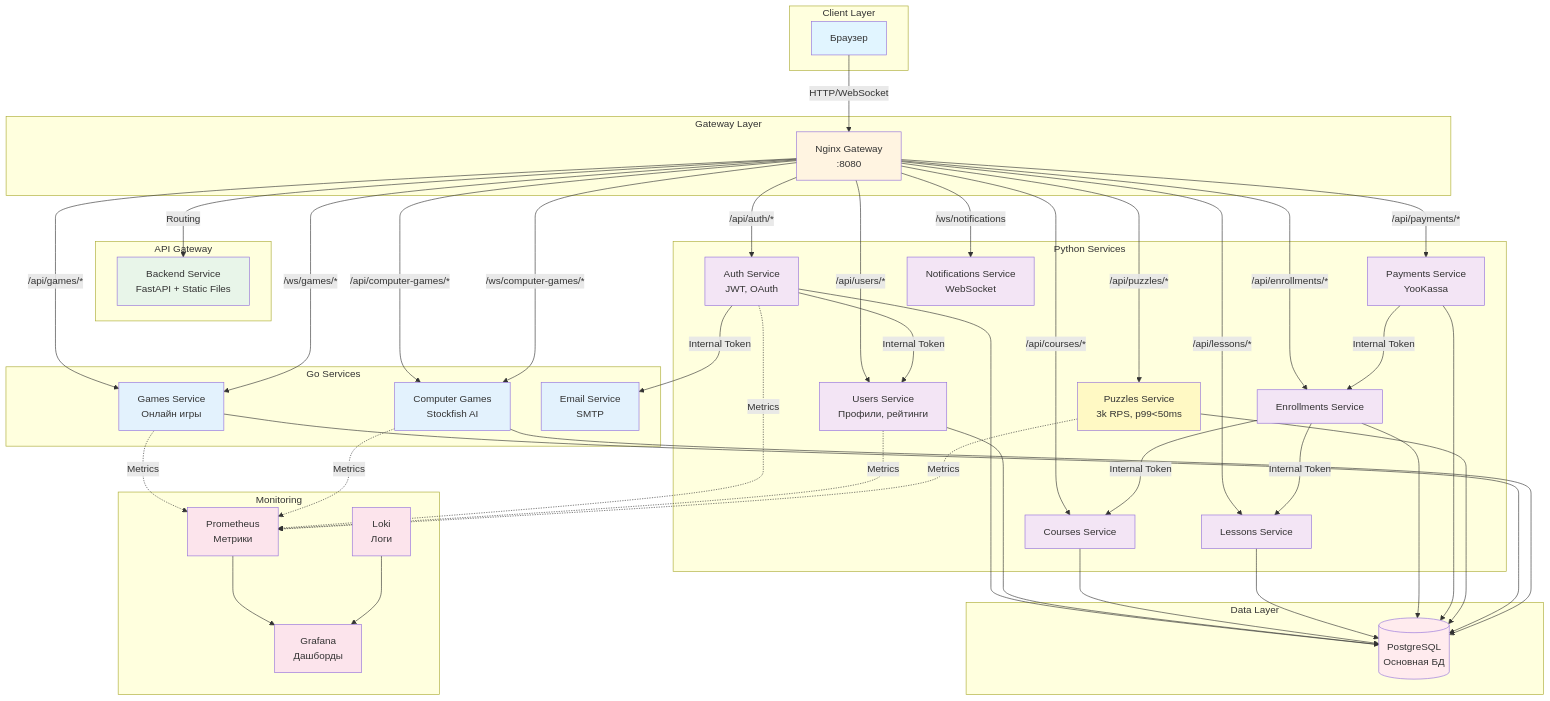
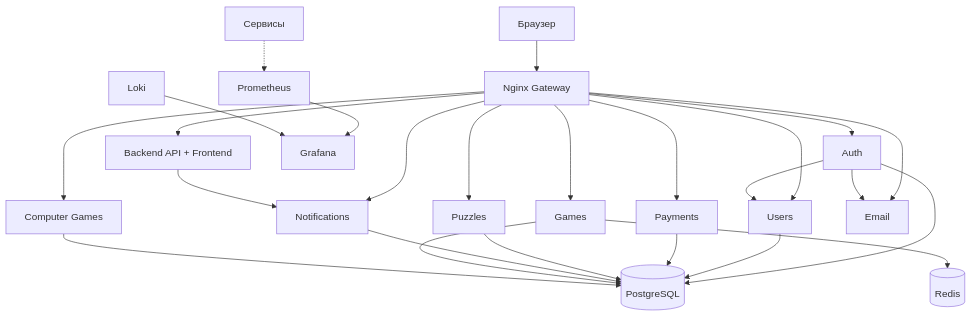
Before and after one commit to VoolFI71/chess_platform: the diagram in README.md, drawn with Mermaid. The commit also changed other lines of this file and 184 other files, not shown here.

Commit message:
refactor: restore computer games and harden service boundaries

````diff
--- a/README.md
+++ b/README.md
@@ -9,100 +9,28 @@
 ```mermaid
 graph TB
-    subgraph "Client Layer"
-        Browser[Браузер]
-    end
-    
-    subgraph "Gateway Layer"
-        Nginx[Nginx Gateway<br/>:8080]
-    end
-    
-    subgraph "API Gateway"
-        Backend[Backend Service<br/>FastAPI + Static Files]
-    end
-    
-    subgraph "Python Services"
-        Auth[Auth Service<br/>JWT, OAuth]
-        Users[Users Service<br/>Профили, рейтинги]
-        Courses[Courses Service]
-        Lessons[Lessons Service]
-        Enrollments[Enrollments Service]
-        Payments[Payments Service<br/>YooKassa]
-        Puzzles[Puzzles Service<br/>3k RPS, p99<50ms]
-        Notifications[Notifications Service<br/>WebSocket]
-    end
-    
-    subgraph "Go Services"
-        Games[Games Service<br/>Онлайн игры]
-        ComputerGames[Computer Games<br/>Stockfish AI]
-        Email[Email Service<br/>SMTP]
-    end
-    
-    subgraph "Data Layer"
-        PostgreSQL[(PostgreSQL<br/>Основная БД)]
-    end
-    
-    subgraph "Monitoring"
-        Prometheus[Prometheus<br/>Метрики]
-        Grafana[Grafana<br/>Дашборды]
-        Loki[Loki<br/>Логи]
-    end
-    
-    Browser -->|HTTP/WebSocket| Nginx
-    Nginx -->|Routing| Backend
-    Nginx -->|/api/auth/*| Auth
-    Nginx -->|/api/users/*| Users
-    Nginx -->|/api/courses/*| Courses
-    Nginx -->|/api/lessons/*| Lessons
-    Nginx -->|/api/enrollments/*| Enrollments
-    Nginx -->|/api/payments/*| Payments
-    Nginx -->|/api/puzzles/*| Puzzles
-    Nginx -->|/api/games/*| Games
-    Nginx -->|/api/computer-games/*| ComputerGames
-    Nginx -->|/ws/notifications| Notifications
-    Nginx -->|/ws/games/*| Games
-    Nginx -->|/ws/computer-games/*| ComputerGames
-    
-    Auth -->|Internal Token| Users
-    Auth -->|Internal Token| Email
-    Enrollments -->|Internal Token| Courses
-    Enrollments -->|Internal Token| Lessons
-    Payments -->|Internal Token| Enrollments
-    
-    Auth --> PostgreSQL
-    Users --> PostgreSQL
-    Courses --> PostgreSQL
-    Lessons --> PostgreSQL
-    Enrollments --> PostgreSQL
-    Payments --> PostgreSQL
-    Puzzles --> PostgreSQL
-    Games --> PostgreSQL
-    ComputerGames --> PostgreSQL
-    
-    Auth -.->|Metrics| Prometheus
-    Users -.->|Metrics| Prometheus
-    Puzzles -.->|Metrics| Prometheus
-    Games -.->|Metrics| Prometheus
-    ComputerGames -.->|Metrics| Prometheus
-    
-    Prometheus --> Grafana
-    Loki --> Grafana
-    
-    style Browser fill:#e1f5ff
-    style Nginx fill:#fff4e1
-    style Backend fill:#e8f5e9
-    style Auth fill:#f3e5f5
-    style Users fill:#f3e5f5
-    style Courses fill:#f3e5f5
-    style Lessons fill:#f3e5f5
-    style Enrollments fill:#f3e5f5
-    style Payments fill:#f3e5f5
-    style Puzzles fill:#fff9c4
-    style Notifications fill:#f3e5f5
-    style Games fill:#e3f2fd
-    style ComputerGames fill:#e3f2fd
-    style Email fill:#e3f2fd
-    style PostgreSQL fill:#ffebee
-    style Prometheus fill:#fce4ec
-    style Grafana fill:#fce4ec
-    style Loki fill:#fce4ec
+    Browser[Браузер] --> Gateway[Nginx Gateway]
+    Gateway --> Backend[Backend API + Frontend]
+    Gateway --> Auth[Auth]
+    Gateway --> Users[Users]
+    Gateway --> Payments[Payments]
+    Gateway --> Puzzles[Puzzles]
+    Gateway --> Notifications[Notifications]
+    Gateway --> Games[Games]
+    Gateway --> ComputerGames[Computer Games]
+    Gateway --> Email[Email]
+
+    Auth --> Users
+    Auth --> Email
+    Backend --> Notifications
+    Games --> Redis[(Redis)]
+    Auth --> DB[(PostgreSQL)]
+    Users --> DB
+    Payments --> DB
+    Puzzles --> DB
+    Notifications --> DB
+    Games --> DB
+    ComputerGames --> DB
+    Prometheus[Prometheus] --> Grafana[Grafana]
+    Services[Сервисы] -.-> Prometheus
+    Loki[Loki] --> Grafana
 ```
````
